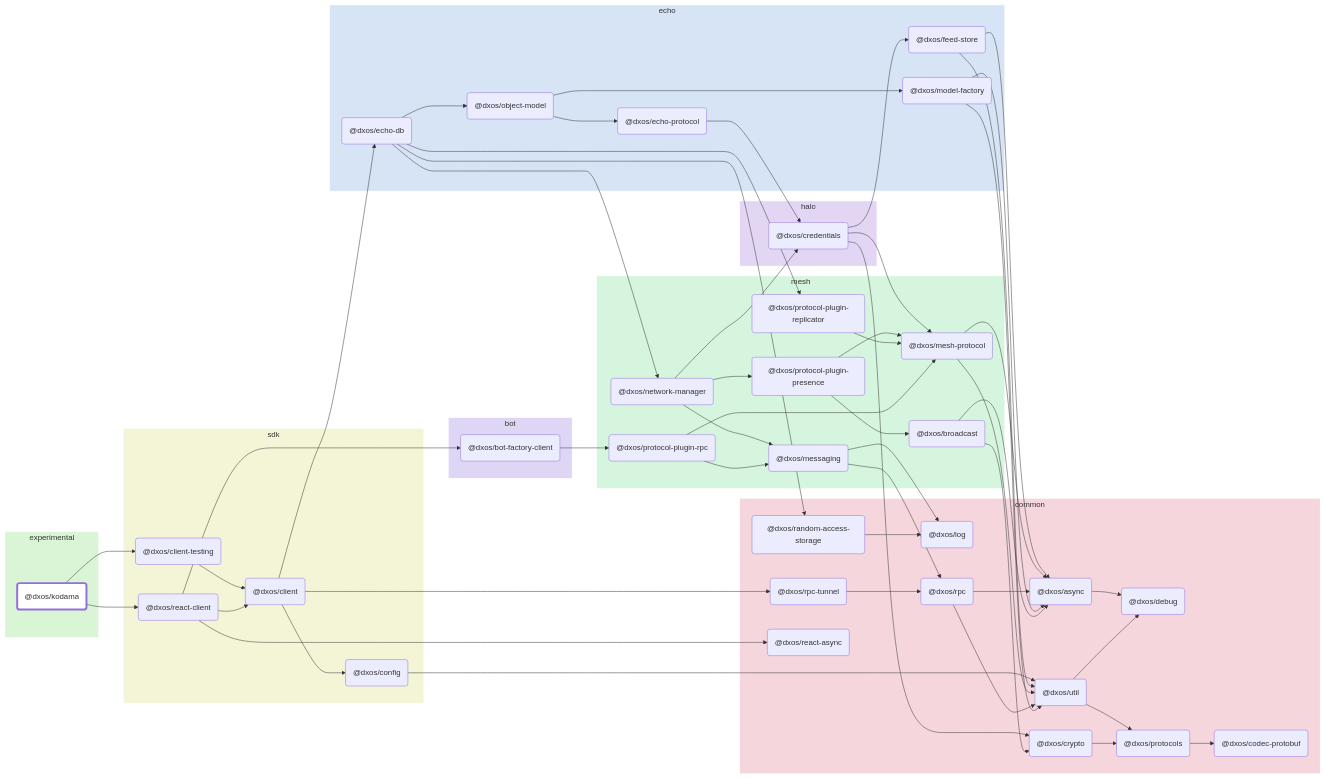
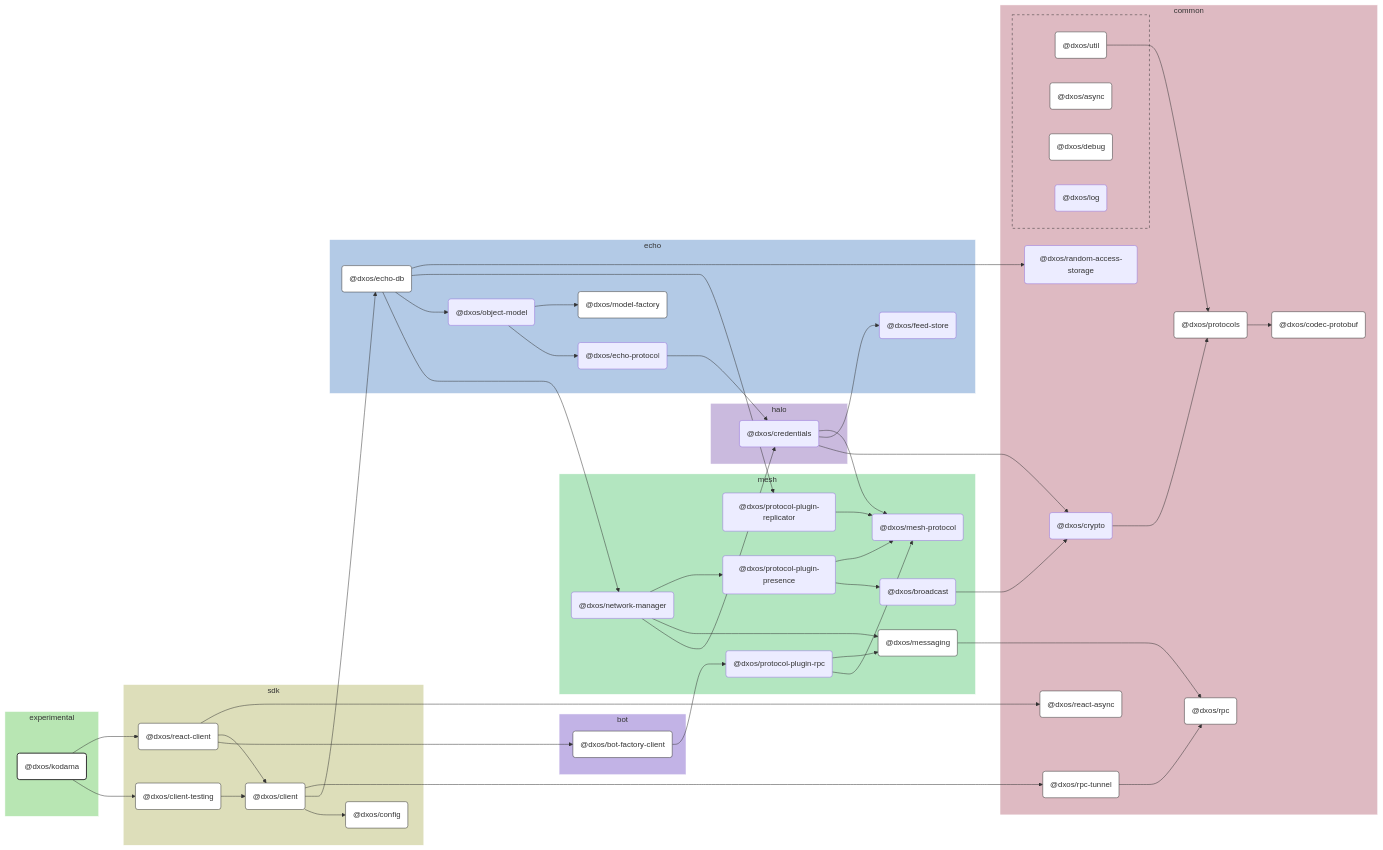
Before and after one commit to dxos/dxos: the diagram in apps/experimental/kodama/docs/README.md, drawn with Mermaid. The commit also changed 100 other files, not shown here.

````diff
--- a/apps/experimental/kodama/docs/README.md
+++ b/apps/experimental/kodama/docs/README.md
@@ -7,129 +7,155 @@
 ```mermaid
-flowchart LR;
+%%{ init: {'flowchart':{'curve':'basis'}} }%%
 
-style dxos/kodama fill:#fff,stroke-width:4px;
+flowchart LR
 
-click dxos/async "https:/github.com/dxos/dxos/tree/main/packages/common/async/docs";
-click dxos/debug "https:/github.com/dxos/dxos/tree/main/packages/common/debug/docs";
-click dxos/client "https:/github.com/dxos/dxos/tree/main/packages/sdk/client/docs";
-click dxos/codec-protobuf "https:/github.com/dxos/dxos/tree/main/packages/common/codec-protobuf/docs";
-click dxos/config "https:/github.com/dxos/dxos/tree/main/packages/sdk/config/docs";
-click dxos/echo-db "https:/github.com/dxos/dxos/tree/main/packages/echo/echo-db/docs";
-click dxos/model-factory "https:/github.com/dxos/dxos/tree/main/packages/echo/model-factory/docs";
-click dxos/protocols "https:/github.com/dxos/dxos/tree/main/packages/common/protocols/docs";
-click dxos/rpc "https:/github.com/dxos/dxos/tree/main/packages/common/rpc/docs";
-click dxos/rpc-tunnel "https:/github.com/dxos/dxos/tree/main/packages/common/rpc-tunnel/docs";
-click dxos/messaging "https:/github.com/dxos/dxos/tree/main/packages/mesh/messaging/docs";
-click dxos/util "https:/github.com/dxos/dxos/tree/main/packages/common/util/docs";
-click dxos/client-testing "https:/github.com/dxos/dxos/tree/main/packages/sdk/client-testing/docs";
-click dxos/react-async "https:/github.com/dxos/dxos/tree/main/packages/common/react-async/docs";
-click dxos/react-client "https:/github.com/dxos/dxos/tree/main/packages/sdk/react-client/docs";
-click dxos/bot-factory-client "https:/github.com/dxos/dxos/tree/main/packages/bot/bot-factory-client/docs";
+%% Links
+dxos/bot-factory-client --> dxos/protocol-plugin-rpc;
+dxos/broadcast --> dxos/crypto;
+dxos/client --> dxos/config;
+dxos/client --> dxos/echo-db;
+dxos/client --> dxos/rpc-tunnel;
+dxos/client-testing --> dxos/client;
+dxos/credentials --> dxos/crypto;
+dxos/credentials --> dxos/feed-store;
+dxos/credentials --> dxos/mesh-protocol;
+dxos/crypto --> dxos/protocols;
+dxos/echo-db --> dxos/network-manager;
+dxos/echo-db --> dxos/object-model;
+dxos/echo-db --> dxos/protocol-plugin-replicator;
+dxos/echo-db --> dxos/random-access-storage;
+dxos/echo-protocol --> dxos/credentials;
+dxos/kodama --> dxos/client-testing;
+dxos/kodama --> dxos/react-client;
+dxos/messaging --> dxos/rpc;
+dxos/network-manager --> dxos/credentials;
+dxos/network-manager --> dxos/messaging;
+dxos/network-manager --> dxos/protocol-plugin-presence;
+dxos/object-model --> dxos/echo-protocol;
+dxos/object-model --> dxos/model-factory;
+dxos/protocol-plugin-presence --> dxos/broadcast;
+dxos/protocol-plugin-presence --> dxos/mesh-protocol;
+dxos/protocol-plugin-replicator --> dxos/mesh-protocol;
+dxos/protocol-plugin-rpc --> dxos/mesh-protocol;
+dxos/protocol-plugin-rpc --> dxos/messaging;
+dxos/protocols --> dxos/codec-protobuf;
+dxos/react-client --> dxos/bot-factory-client;
+dxos/react-client --> dxos/client;
+dxos/react-client --> dxos/react-async;
+dxos/rpc-tunnel --> dxos/rpc;
+dxos/util --> dxos/protocols;
 
+%% Sections
 subgraph experimental
-  style experimental fill:#d9f5d6,stroke:#fff;
-  dxos/kodama("@dxos/kodama");
+  style experimental fill:#b8e6b3,stroke:#fff;
+
+  dxos/kodama("@dxos/kodama")
 end
 
 subgraph common
-  style common fill:#f5d6dd,stroke:#fff;
-  dxos/async("@dxos/async");
-  dxos/debug("@dxos/debug");
-  dxos/codec-protobuf("@dxos/codec-protobuf");
-  dxos/protocols("@dxos/protocols");
-  dxos/util("@dxos/util");
-  dxos/log("@dxos/log");
-  dxos/crypto("@dxos/crypto");
-  dxos/rpc("@dxos/rpc");
-  dxos/random-access-storage("@dxos/random-access-storage");
-  dxos/rpc-tunnel("@dxos/rpc-tunnel");
-  dxos/react-async("@dxos/react-async");
+  style common fill:#debac2,stroke:#fff;
+
+  dxos/codec-protobuf("@dxos/codec-protobuf")
+  dxos/crypto("@dxos/crypto")
+  dxos/protocols("@dxos/protocols")
+  dxos/random-access-storage("@dxos/random-access-storage")
+  dxos/react-async("@dxos/react-async")
+  dxos/rpc("@dxos/rpc")
+  dxos/rpc-tunnel("@dxos/rpc-tunnel")
+
+  subgraph common-excluded [ ]
+    style common-excluded fill:#debac2,stroke:#333,stroke-dasharray:5 5;
+
+    dxos/async("@dxos/async")
+    dxos/debug("@dxos/debug")
+    dxos/log("@dxos/log")
+    dxos/util("@dxos/util")
+  end
 end
 
 subgraph sdk
-  style sdk fill:#f4f5d6,stroke:#fff;
-  dxos/client("@dxos/client");
-  dxos/config("@dxos/config");
-  dxos/client-testing("@dxos/client-testing");
-  dxos/react-client("@dxos/react-client");
+  style sdk fill:#dddeba,stroke:#fff;
+
+  dxos/client("@dxos/client")
+  dxos/client-testing("@dxos/client-testing")
+  dxos/config("@dxos/config")
+  dxos/react-client("@dxos/react-client")
 end
 
 subgraph echo
-  style echo fill:#d6e4f5,stroke:#fff;
-  dxos/echo-db("@dxos/echo-db");
-  dxos/feed-store("@dxos/feed-store");
-  dxos/echo-protocol("@dxos/echo-protocol");
-  dxos/model-factory("@dxos/model-factory");
-  dxos/object-model("@dxos/object-model");
+  style echo fill:#b3cae6,stroke:#fff;
+
+  dxos/echo-db("@dxos/echo-db")
+  dxos/echo-protocol("@dxos/echo-protocol")
+  dxos/feed-store("@dxos/feed-store")
+  dxos/model-factory("@dxos/model-factory")
+  dxos/object-model("@dxos/object-model")
 end
 
 subgraph halo
-  style halo fill:#e3d6f5,stroke:#fff;
-  dxos/credentials("@dxos/credentials");
+  style halo fill:#cabade,stroke:#fff;
+
+  dxos/credentials("@dxos/credentials")
 end
 
 subgraph mesh
-  style mesh fill:#d6f5de,stroke:#fff;
-  dxos/mesh-protocol("@dxos/mesh-protocol");
-  dxos/messaging("@dxos/messaging");
-  dxos/network-manager("@dxos/network-manager");
-  dxos/protocol-plugin-presence("@dxos/protocol-plugin-presence");
-  dxos/broadcast("@dxos/broadcast");
-  dxos/protocol-plugin-replicator("@dxos/protocol-plugin-replicator");
-  dxos/protocol-plugin-rpc("@dxos/protocol-plugin-rpc");
+  style mesh fill:#b3e6c0,stroke:#fff;
+
+  dxos/broadcast("@dxos/broadcast")
+  dxos/mesh-protocol("@dxos/mesh-protocol")
+  dxos/messaging("@dxos/messaging")
+  dxos/network-manager("@dxos/network-manager")
+  dxos/protocol-plugin-presence("@dxos/protocol-plugin-presence")
+  dxos/protocol-plugin-replicator("@dxos/protocol-plugin-replicator")
+  dxos/protocol-plugin-rpc("@dxos/protocol-plugin-rpc")
 end
 
 subgraph bot
-  style bot fill:#dfd6f5,stroke:#fff;
-  dxos/bot-factory-client("@dxos/bot-factory-client");
+  style bot fill:#c2b3e6,stroke:#fff;
+
+  dxos/bot-factory-client("@dxos/bot-factory-client")
 end
 
-dxos/async --> dxos/debug;
-dxos/client --> dxos/config;
-dxos/protocols --> dxos/codec-protobuf;
-dxos/config --> dxos/util;
-dxos/util --> dxos/debug;
-dxos/util --> dxos/protocols;
-dxos/client --> dxos/echo-db;
-dxos/credentials --> dxos/crypto;
-dxos/crypto --> dxos/protocols;
-dxos/credentials --> dxos/feed-store;
-dxos/feed-store --> dxos/async;
-dxos/feed-store --> dxos/util;
-dxos/credentials --> dxos/mesh-protocol;
-dxos/mesh-protocol --> dxos/async;
-dxos/mesh-protocol --> dxos/util;
-dxos/echo-protocol --> dxos/credentials;
-dxos/messaging --> dxos/log;
-dxos/messaging --> dxos/rpc;
-dxos/rpc --> dxos/async;
-dxos/rpc --> dxos/util;
-dxos/model-factory --> dxos/async;
-dxos/model-factory --> dxos/util;
-dxos/echo-db --> dxos/network-manager;
-dxos/network-manager --> dxos/credentials;
-dxos/network-manager --> dxos/messaging;
-dxos/network-manager --> dxos/protocol-plugin-presence;
-dxos/protocol-plugin-presence --> dxos/broadcast;
-dxos/broadcast --> dxos/async;
-dxos/broadcast --> dxos/crypto;
-dxos/protocol-plugin-presence --> dxos/mesh-protocol;
-dxos/echo-db --> dxos/object-model;
-dxos/object-model --> dxos/echo-protocol;
-dxos/object-model --> dxos/model-factory;
-dxos/echo-db --> dxos/protocol-plugin-replicator;
-dxos/protocol-plugin-replicator --> dxos/mesh-protocol;
-dxos/echo-db --> dxos/random-access-storage;
-dxos/random-access-storage --> dxos/log;
-dxos/client --> dxos/rpc-tunnel;
-dxos/rpc-tunnel --> dxos/rpc;
-dxos/kodama --> dxos/client-testing;
-dxos/client-testing --> dxos/client;
-dxos/kodama --> dxos/react-client;
-dxos/react-client --> dxos/bot-factory-client;
-dxos/bot-factory-client --> dxos/protocol-plugin-rpc;
-dxos/protocol-plugin-rpc --> dxos/messaging;
-dxos/protocol-plugin-rpc --> dxos/mesh-protocol;
-dxos/react-client --> dxos/client;
-dxos/react-client --> dxos/react-async;
+
+%% Hyperlinks
+click dxos/async href "https:/github.com/dxos/dxos/tree/main/packages/common/async/docs";
+click dxos/bot-factory-client href "https:/github.com/dxos/dxos/tree/main/packages/bot/bot-factory-client/docs";
+click dxos/client href "https:/github.com/dxos/dxos/tree/main/packages/sdk/client/docs";
+click dxos/client-testing href "https:/github.com/dxos/dxos/tree/main/packages/sdk/client-testing/docs";
+click dxos/codec-protobuf href "https:/github.com/dxos/dxos/tree/main/packages/common/codec-protobuf/docs";
+click dxos/config href "https:/github.com/dxos/dxos/tree/main/packages/sdk/config/docs";
+click dxos/debug href "https:/github.com/dxos/dxos/tree/main/packages/common/debug/docs";
+click dxos/echo-db href "https:/github.com/dxos/dxos/tree/main/packages/echo/echo-db/docs";
+click dxos/messaging href "https:/github.com/dxos/dxos/tree/main/packages/mesh/messaging/docs";
+click dxos/model-factory href "https:/github.com/dxos/dxos/tree/main/packages/echo/model-factory/docs";
+click dxos/protocols href "https:/github.com/dxos/dxos/tree/main/packages/common/protocols/docs";
+click dxos/react-async href "https:/github.com/dxos/dxos/tree/main/packages/common/react-async/docs";
+click dxos/react-client href "https:/github.com/dxos/dxos/tree/main/packages/sdk/react-client/docs";
+click dxos/rpc href "https:/github.com/dxos/dxos/tree/main/packages/common/rpc/docs";
+click dxos/rpc-tunnel href "https:/github.com/dxos/dxos/tree/main/packages/common/rpc-tunnel/docs";
+click dxos/util href "https:/github.com/dxos/dxos/tree/main/packages/common/util/docs";
+
+%% Styles
+classDef rootNode fill:#fff,stroke:#333,stroke-width:2px
+classDef defaultNode fill:#fff,stroke:#333,stroke-width:1px
+linkStyle default stroke:#333,stroke-width:1px
+
+dxos/kodama:::rootNode
+
+dxos/async:::defaultNode
+dxos/bot-factory-client:::defaultNode
+dxos/client:::defaultNode
+dxos/client-testing:::defaultNode
+dxos/codec-protobuf:::defaultNode
+dxos/config:::defaultNode
+dxos/debug:::defaultNode
+dxos/echo-db:::defaultNode
+dxos/messaging:::defaultNode
+dxos/model-factory:::defaultNode
+dxos/protocols:::defaultNode
+dxos/react-async:::defaultNode
+dxos/react-client:::defaultNode
+dxos/rpc:::defaultNode
+dxos/rpc-tunnel:::defaultNode
+dxos/util:::defaultNode
 ```
````
